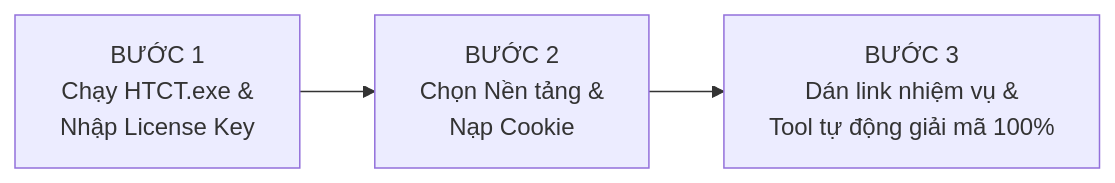
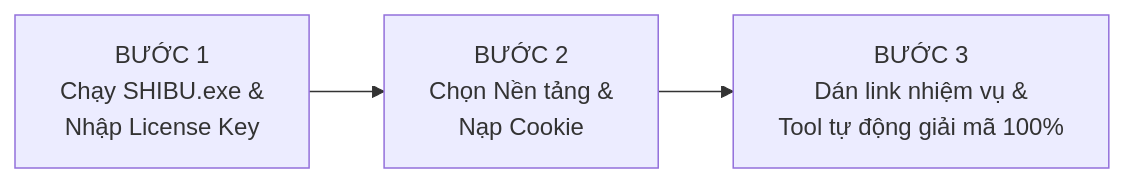
Before and after one commit to axyz13613-hue/ShiBuBypass: the diagram in go_tool/bin/HUONG_DAN_SU_DUNG.md, drawn with Mermaid. The commit also changed other lines of this file and 9 other files, not shown here.

````diff
--- a/go_tool/bin/HUONG_DAN_SU_DUNG.md
+++ b/go_tool/bin/HUONG_DAN_SU_DUNG.md
@@ -18,4 +18,4 @@
 ```mermaid
 flowchart LR
-    Step1["BƯỚC 1\nChạy HTCT.exe &\nNhập License Key"] --> Step2["BƯỚC 2\nChọn Nền tảng &\nNạp Cookie"] --> Step3["BƯỚC 3\nDán link nhiệm vụ &\nTool tự động giải mã 100%"]
+    Step1["BƯỚC 1\nChạy SHIBU.exe &\nNhập License Key"] --> Step2["BƯỚC 2\nChọn Nền tảng &\nNạp Cookie"] --> Step3["BƯỚC 3\nDán link nhiệm vụ &\nTool tự động giải mã 100%"]
 ```
````
